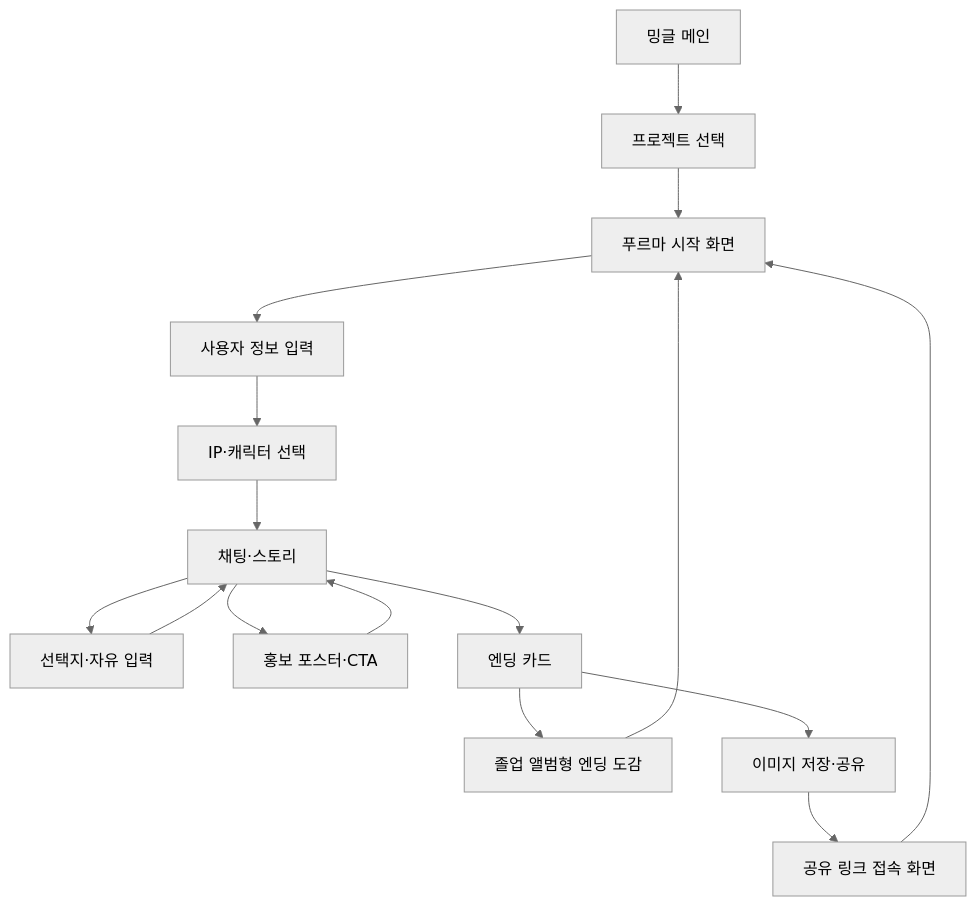
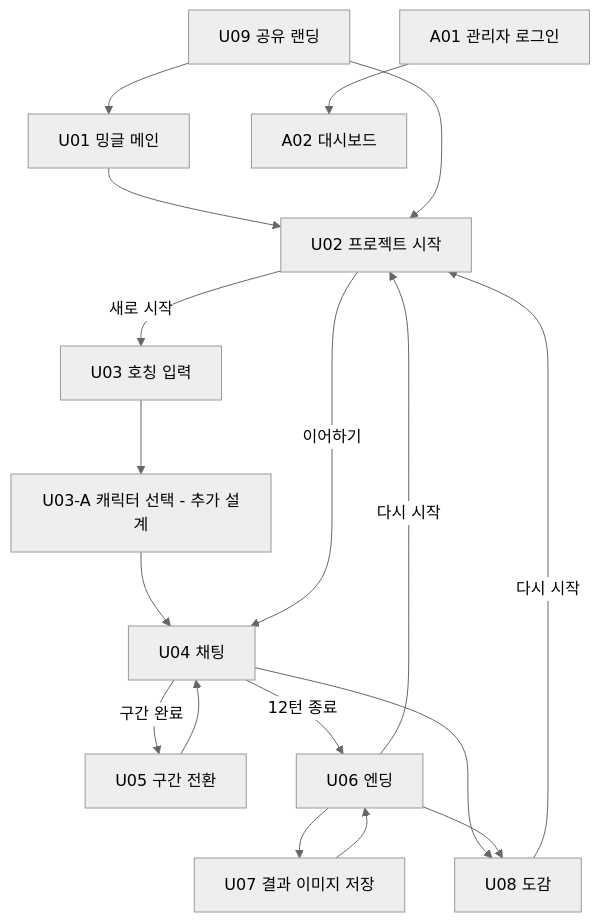
The first of 4 diagrams in FRONTEND_DESIGN.md (wjdsl/mingle), drawn with Mermaid (neutral theme) before and after one commit. The commit also changed other lines of this file, not shown here.

````diff
--- a/FRONTEND_DESIGN.md
+++ b/FRONTEND_DESIGN.md
@@ -80,18 +68,20 @@
 ```mermaid
 flowchart TD
-    A[밍글 메인] --> B[프로젝트 선택]
-    B --> C[푸르마 시작 화면]
-    C --> D[사용자 정보 입력]
-    D --> E[IP·캐릭터 선택]
-    E --> F[채팅·스토리]
-    F --> G[선택지·자유 입력]
-    G --> F
-    F --> H[홍보 포스터·CTA]
-    H --> F
-    F --> I[엔딩 카드]
-    I --> J[졸업 앨범형 엔딩 도감]
-    I --> K[이미지 저장·공유]
-    K --> L[공유 링크 접속 화면]
-    L --> C
-    J --> C
+    U01[U01 밍글 메인] --> U02[U02 프로젝트 시작]
+    U02 -->|새로 시작| U03[U03 호칭 입력]
+    U03 --> C[U03-A 캐릭터 선택 - 추가 설계]
+    C --> U04[U04 채팅]
+    U02 -->|이어하기| U04
+    U04 -->|구간 완료| U05[U05 구간 전환]
+    U05 --> U04
+    U04 -->|12턴 종료| U06[U06 엔딩]
+    U04 --> U08[U08 도감]
+    U06 --> U07[U07 결과 이미지 저장]
+    U07 --> U06
+    U06 --> U08
+    U06 -->|다시 시작| U02
+    U08 -->|다시 시작| U02
+    U09[U09 공유 랜딩] --> U02
+    U09 --> U01
+    A01[A01 관리자 로그인] --> A02[A02 대시보드]
 ```
````
